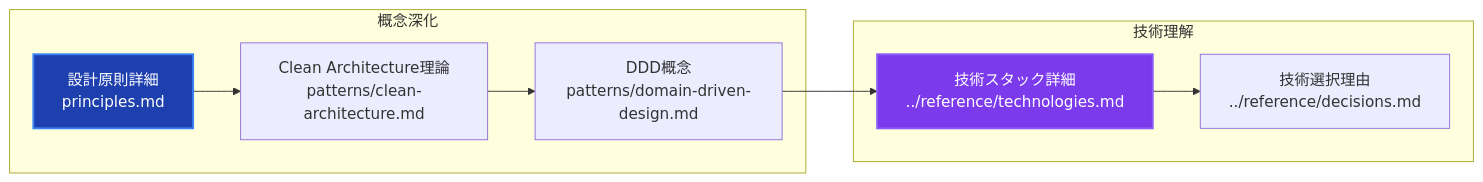
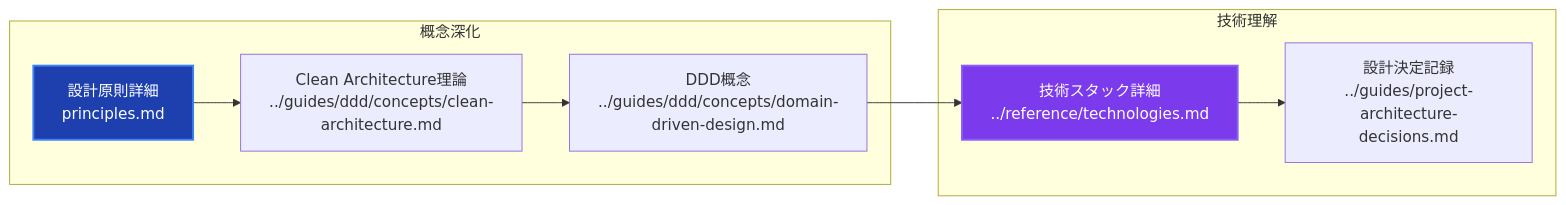
One commit to derushio/d-next-ddd-example changed diagram 15 of 18 in _DOCS/architecture/overview.md. Above: the diagram before and after it, drawn with Mermaid. The commit also changed other lines of this file and 102 other files, not shown here.

````diff
--- a/_DOCS/architecture/overview.md
+++ b/_DOCS/architecture/overview.md
@@ -525,16 +524,16 @@
 ```mermaid
 graph LR
     subgraph "概念深化"
-        A1[設計原則詳細<br/>principles.md] --> A2[Clean Architecture理論<br/>patterns/clean-architecture.md]
-        A2 --> A3[DDD概念<br/>patterns/domain-driven-design.md]
+        A1[設計原則詳細<br/>principles.md] --> A2[Clean Architecture理論<br/>../guides/ddd/concepts/clean-architecture.md]
+        A2 --> A3[DDD概念<br/>../guides/ddd/concepts/domain-driven-design.md]
     end
 
     subgraph "技術理解"
-        B1[技術スタック詳細<br/>../reference/technologies.md] --> B2[技術選択理由<br/>../reference/decisions.md]
+        B1[技術スタック詳細<br/>../reference/technologies.md] --> B2[設計決定記録<br/>../guides/project-architecture-decisions.md]
     end
 
     A3 --> B1
 
     style A1 fill:#1e40af,stroke:#3b82f6,stroke-width:2px,color:#ffffff
     style B1 fill:#7c3aed,stroke:#8b5cf6,stroke-width:2px,color:#ffffff
 ```
````
